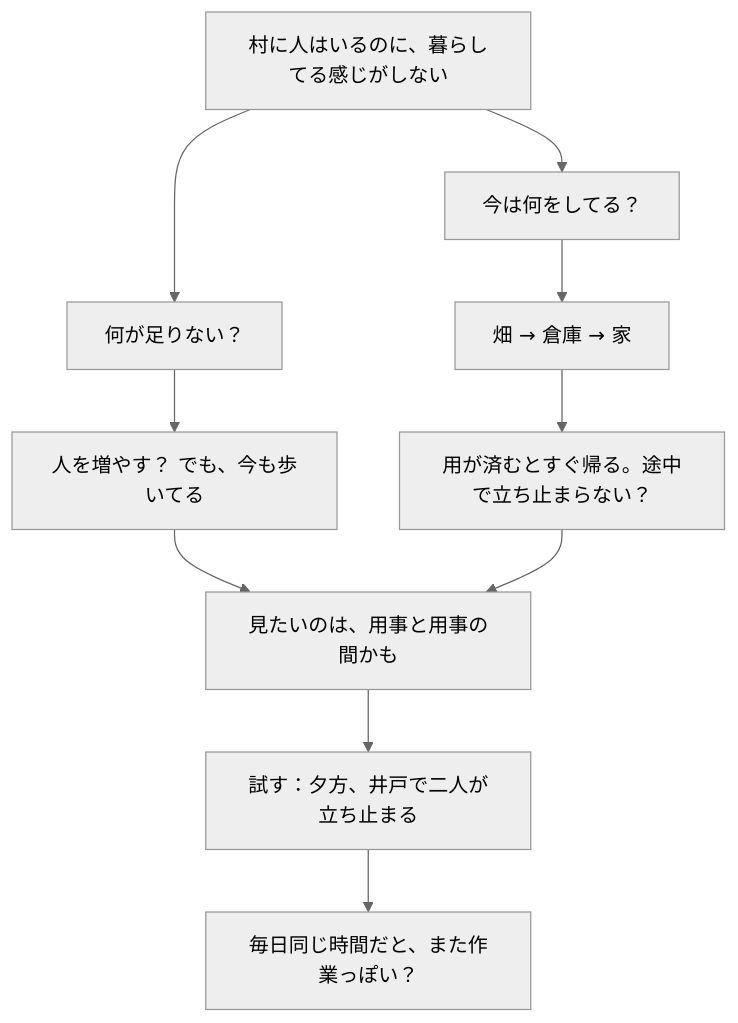
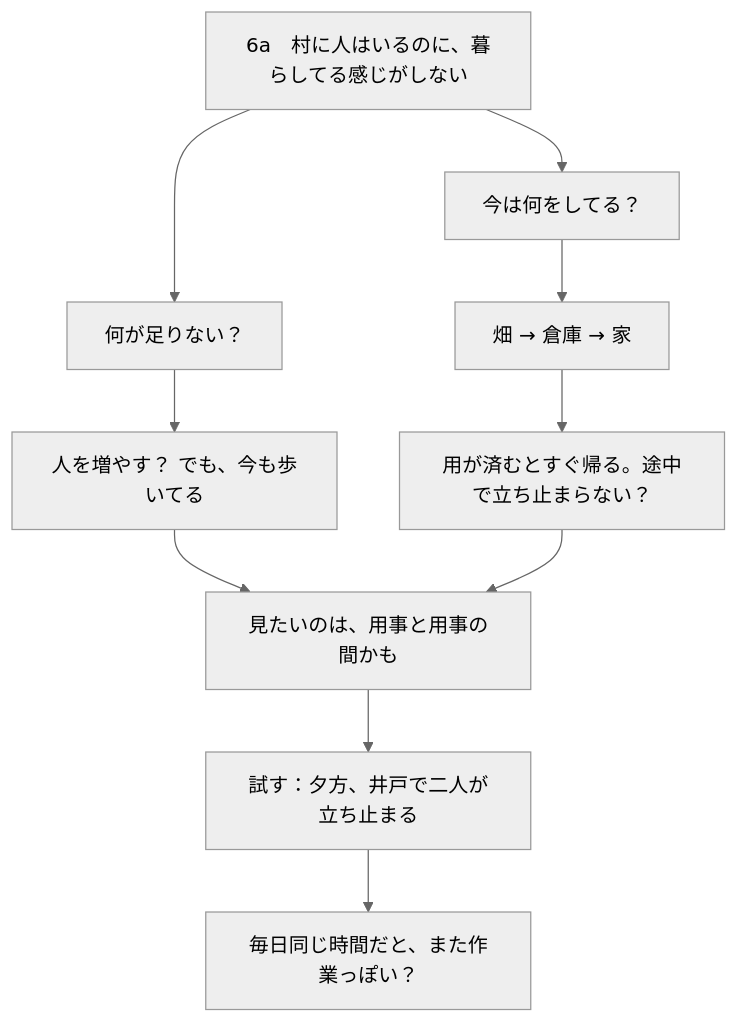
Before and after one commit to Yurii7812/homepage: the first of 4 diagrams in ja/paper-pkm/guide.md, drawn with Mermaid (neutral theme). The commit also changed other lines of this file and 3 other files, not shown here.

Commit message:
Align paper PKM example IDs across diagrams and index entries

````diff
--- a/ja/paper-pkm/guide.md
+++ b/ja/paper-pkm/guide.md
@@ -32,13 +32,13 @@
 ```mermaid
 flowchart TD
-  A["村に人はいるのに、暮らしてる感じがしない"]
+  A["6a　村に人はいるのに、暮らしてる感じがしない"]
   A --> B["何が足りない？"]
   A --> C["今は何をしてる？"]
   B --> D["人を増やす？ でも、今も歩いてる"]
   C --> E["畑 → 倉庫 → 家"]
   E --> F["用が済むとすぐ帰る。途中で立ち止まらない？"]
   D --> G["見たいのは、用事と用事の間かも"]
   F --> G
   G --> H["試す：夕方、井戸で二人が立ち止まる"]
   H --> I["毎日同じ時間だと、また作業っぽい？"]
 ```
````
